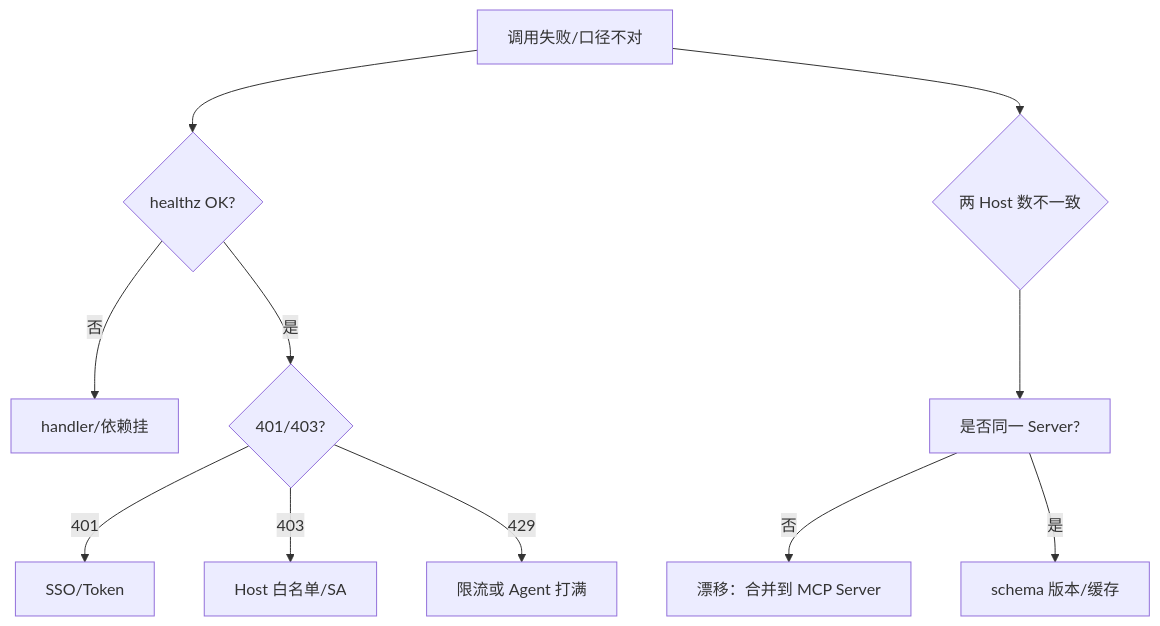
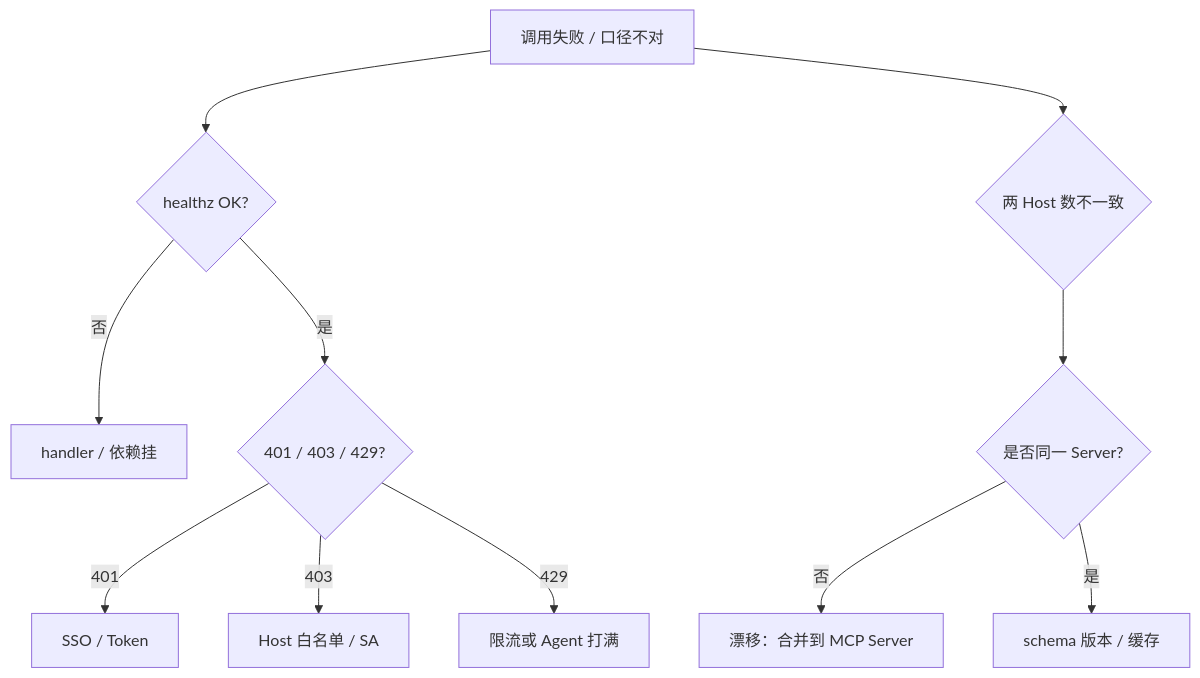
The sixth of 6 diagrams in 08-AI与智能运维/05-MCP协议/知识点.md (ml-cuizijun/LearnToLilith), drawn with Mermaid before and after one commit. The commit also changed other lines of this file and 178 other files, not shown here.

````diff
--- a/08-AI与智能运维/05-MCP协议/知识点.md
+++ b/08-AI与智能运维/05-MCP协议/知识点.md
@@ -307,13 +403,13 @@
 ```mermaid
 flowchart TB
-    A[调用失败/口径不对] --> B{healthz OK?}
-    B -->|否| C[handler/依赖挂]
-    B -->|是| D{401/403?}
-    D -->|401| E[SSO/Token]
-    D -->|403| F[Host 白名单/SA]
-    D -->|429| G[限流或 Agent 打满]
-    A --> H{两 Host 数不一致}
-    H --> I[是否同一 Server?]
-    I -->|否| J[漂移：合并到 MCP Server]
-    I -->|是| K[schema 版本/缓存]
+    A["调用失败 / 口径不对"] --> B{"healthz OK?"}
+    B -->|否| C["handler / 依赖挂"]
+    B -->|是| D{"401 / 403 / 429?"}
+    D -->|401| E["SSO / Token"]
+    D -->|403| F["Host 白名单 / SA"]
+    D -->|429| G["限流或 Agent 打满"]
+    A --> H{"两 Host 数不一致"}
+    H --> I{"是否同一 Server?"}
+    I -->|否| J["漂移：合并到 MCP Server"]
+    I -->|是| K["schema 版本 / 缓存"]
 ```
````
